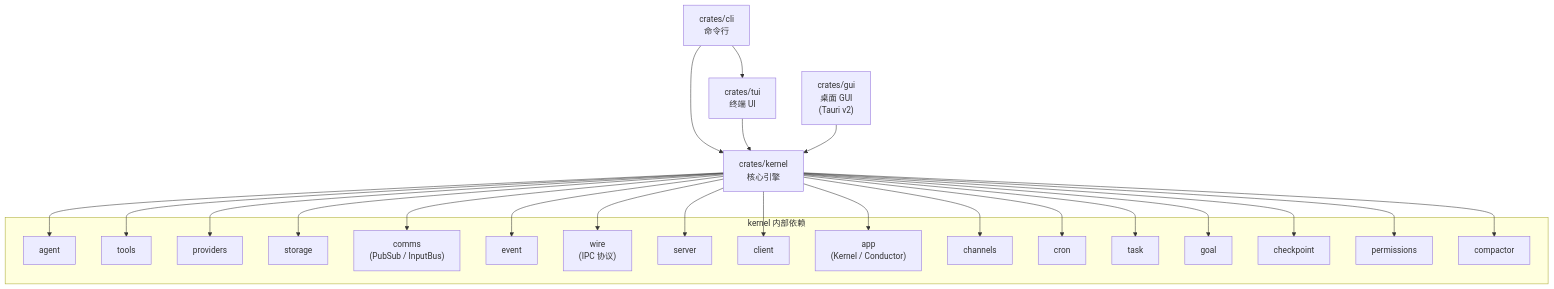
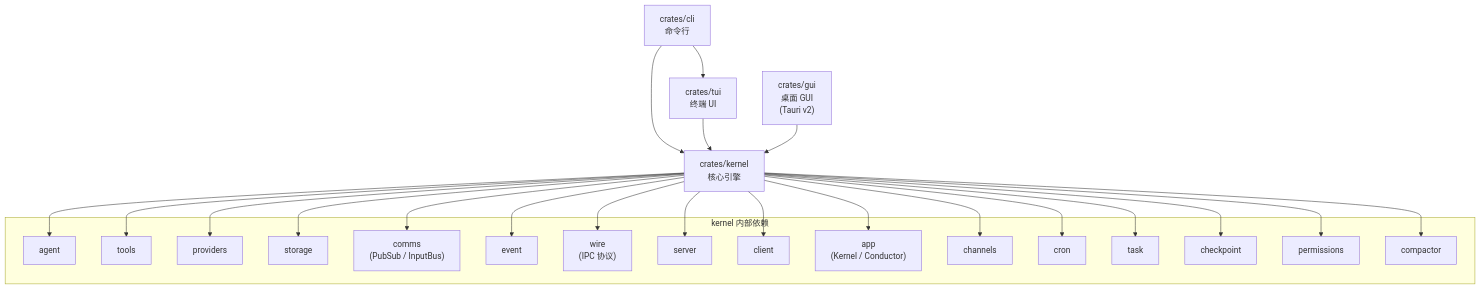
Before and after one commit to Crescent617/yomi: the first of 3 diagrams in docs/ARCH.md, drawn with Mermaid. The commit also changed other lines of this file and 52 other files, not shown here.

````diff
--- a/docs/ARCH.md
+++ b/docs/ARCH.md
@@ -78,50 +77,48 @@
 ```mermaid
 graph TD
     kernel["crates/kernel<br/>核心引擎"]
     cli["crates/cli<br/>命令行"]
     tui["crates/tui<br/>终端 UI"]
     gui["crates/gui<br/>桌面 GUI<br/>(Tauri v2)"]
 
     cli --> tui
     cli --> kernel
     tui --> kernel
     gui --> kernel
 
     subgraph "kernel 内部依赖"
         agent["agent"]
         tools["tools"]
         providers["providers"]
         storage["storage"]
         comms["comms<br/>(PubSub / InputBus)"]
         event["event"]
         wire["wire<br/>(IPC 协议)"]
         server["server"]
         client["client"]
         app["app<br/>(Kernel / Conductor)"]
         channels["channels"]
         cron["cron"]
         task["task"]
-        goal["goal"]
         checkpoint["checkpoint"]
         permissions["permissions"]
         compactor["compactor"]
     end
 
     kernel --> agent
     kernel --> tools
     kernel --> providers
     kernel --> storage
     kernel --> comms
     kernel --> event
     kernel --> wire
     kernel --> server
     kernel --> client
     kernel --> app
     kernel --> channels
     kernel --> cron
     kernel --> task
-    kernel --> goal
     kernel --> checkpoint
     kernel --> permissions
     kernel --> compactor
 ```
````
